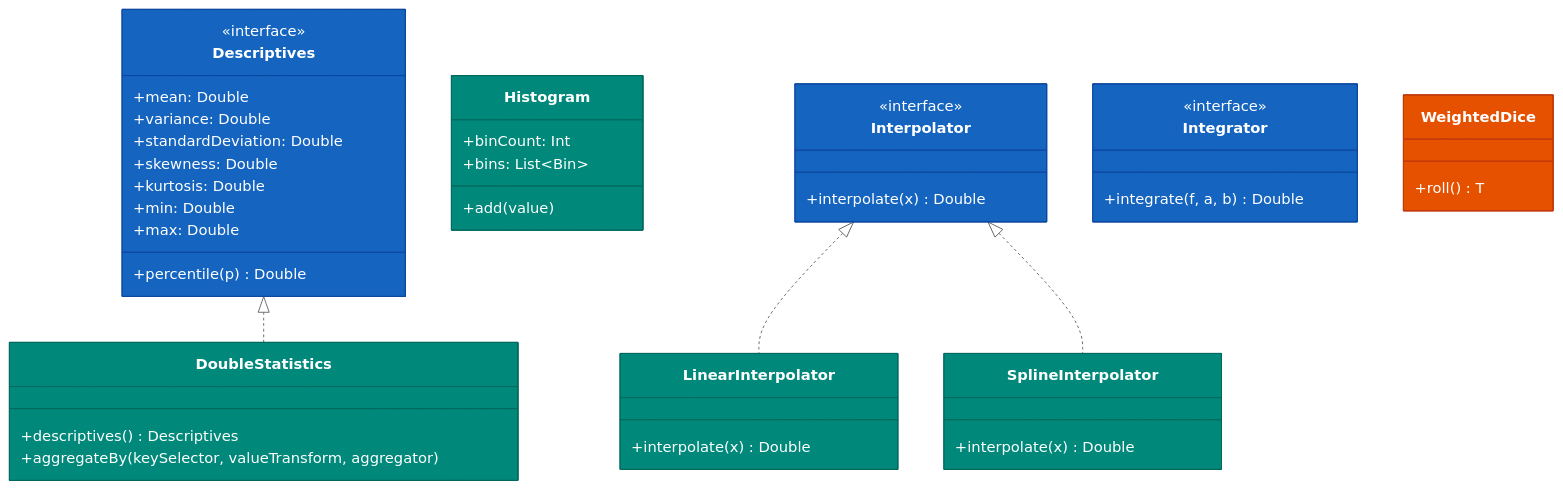
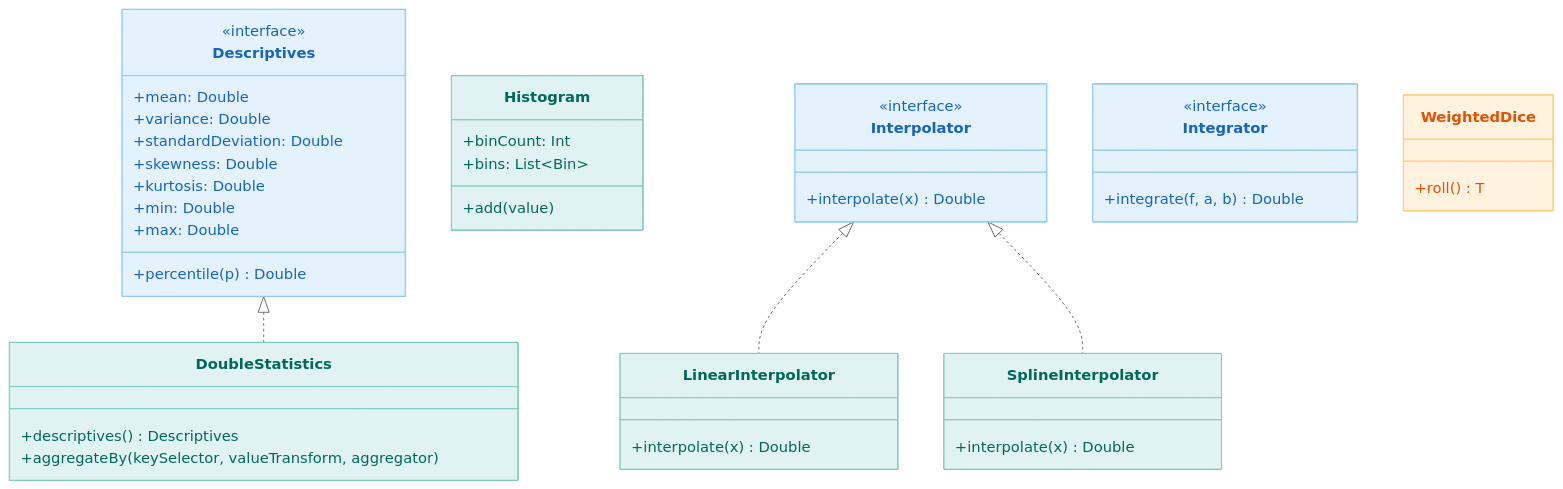
Before and after one commit to bluetape4k/bluetape4k-projects: the second of 2 diagrams in utils/math/README.ko.md, drawn with Mermaid (neutral theme). The commit also changed other lines of this file and 219 other files, not shown here.

First line of the commit message:
docs: 전체 README Mermaid 다이어그램 가이드 적용

````diff
--- a/utils/math/README.ko.md
+++ b/utils/math/README.ko.md
@@ -78,53 +78,53 @@
 ```mermaid
 classDiagram
     class Descriptives {
         <<interface>>
         +mean: Double
         +variance: Double
         +standardDeviation: Double
         +skewness: Double
         +kurtosis: Double
         +min: Double
         +max: Double
         +percentile(p) Double
     }
     class DoubleStatistics {
         +descriptives() Descriptives
         +aggregateBy(keySelector, valueTransform, aggregator)
     }
     class Histogram {
         +add(value)
         +binCount: Int
         +bins: List~Bin~
     }
     class Interpolator {
         <<interface>>
         +interpolate(x) Double
     }
     class LinearInterpolator {
         +interpolate(x) Double
     }
     class SplineInterpolator {
         +interpolate(x) Double
     }
     class Integrator {
         <<interface>>
         +integrate(f, a, b) Double
     }
     class WeightedDice {
         +roll() T
     }
 
     Descriptives <|.. DoubleStatistics
     Interpolator <|.. LinearInterpolator
     Interpolator <|.. SplineInterpolator
 
-    style Descriptives fill:#1565C0,stroke:#0D47A1,color:#FFFFFF
-    style Interpolator fill:#1565C0,stroke:#0D47A1,color:#FFFFFF
-    style Integrator fill:#1565C0,stroke:#0D47A1,color:#FFFFFF
-    style DoubleStatistics fill:#00897B,stroke:#00695C,color:#FFFFFF
-    style Histogram fill:#00897B,stroke:#00695C,color:#FFFFFF
-    style LinearInterpolator fill:#00897B,stroke:#00695C,color:#FFFFFF
-    style SplineInterpolator fill:#00897B,stroke:#00695C,color:#FFFFFF
-    style WeightedDice fill:#E65100,stroke:#BF360C,color:#FFFFFF
+    style Descriptives fill:#E3F2FD,stroke:#90CAF9,color:#1565C0
+    style Interpolator fill:#E3F2FD,stroke:#90CAF9,color:#1565C0
+    style Integrator fill:#E3F2FD,stroke:#90CAF9,color:#1565C0
+    style DoubleStatistics fill:#E0F2F1,stroke:#80CBC4,color:#00695C
+    style Histogram fill:#E0F2F1,stroke:#80CBC4,color:#00695C
+    style LinearInterpolator fill:#E0F2F1,stroke:#80CBC4,color:#00695C
+    style SplineInterpolator fill:#E0F2F1,stroke:#80CBC4,color:#00695C
+    style WeightedDice fill:#FFF3E0,stroke:#FFCC80,color:#E65100
 ```
````
